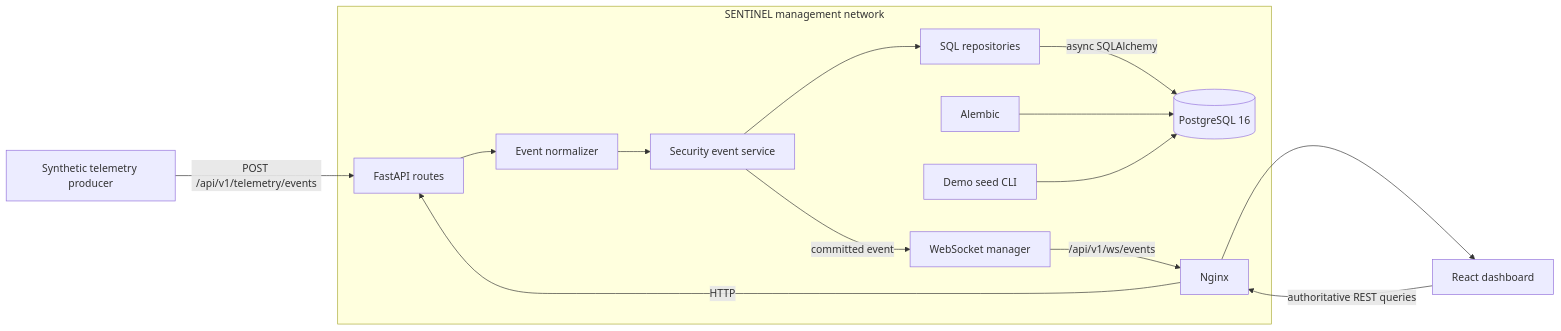
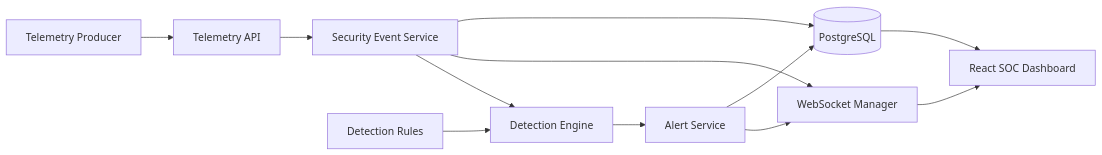
Before and after one commit to Mayroskapnos/sentinel-security-platform: the first of 3 diagrams in docs/architecture.md, drawn with Mermaid. The commit also changed other lines of this file and 60 other files, not shown here.

Commit message:
feat: implement detection engine and alert workflow

````diff
--- a/docs/architecture.md
+++ b/docs/architecture.md
@@ -7,27 +7,24 @@
 ```mermaid
 flowchart LR
-    Producer[Synthetic telemetry producer] -->|POST /api/v1/telemetry/events| API[FastAPI routes]
-    API --> Normalizer[Event normalizer]
-    Normalizer --> Service[Security event service]
-    Service --> Repository[SQL repositories]
-    Repository -->|async SQLAlchemy| DB[(PostgreSQL 16)]
-    Service -->|committed event| WS[WebSocket manager]
-    WS -->|/api/v1/ws/events| Proxy[Nginx]
-    Proxy --> Browser[React dashboard]
-    Browser -->|authoritative REST queries| Proxy
-    Proxy -->|HTTP| API
-    Migration[Alembic] --> DB
-    Seeder[Demo seed CLI] --> DB
+    Producer[Telemetry Producer]
+    Ingest[Telemetry API]
+    Events[Security Event Service]
+    DB[(PostgreSQL)]
+    Engine[Detection Engine]
+    Rules[Detection Rules]
+    Alerts[Alert Service]
+    WS[WebSocket Manager]
+    UI[React SOC Dashboard]
 
-    subgraph Docker[SENTINEL management network]
-        Proxy
-        API
-        Service
-        Repository
-        Normalizer
-        WS
-        DB
-        Migration
-        Seeder
-    end
+    Producer --> Ingest
+    Ingest --> Events
+    Events --> DB
+    Events --> WS
+    Events --> Engine
+    Rules --> Engine
+    Engine --> Alerts
+    Alerts --> DB
+    Alerts --> WS
+    WS --> UI
+    DB --> UI
 ```
````
